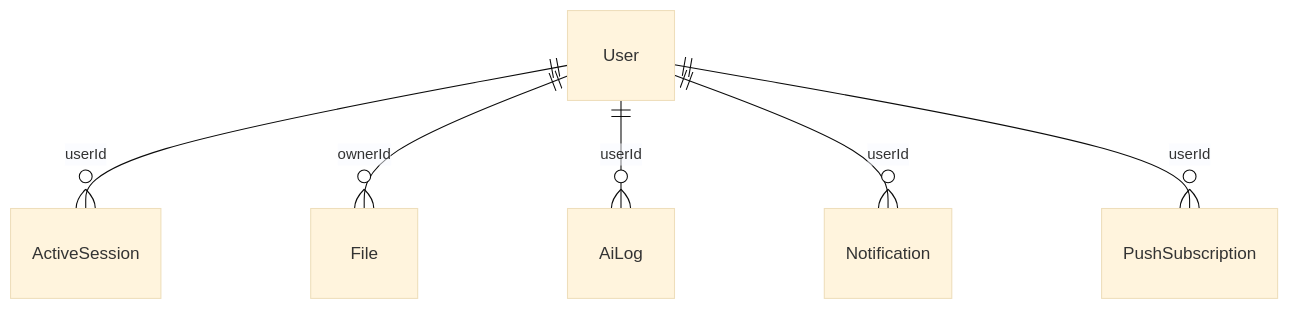
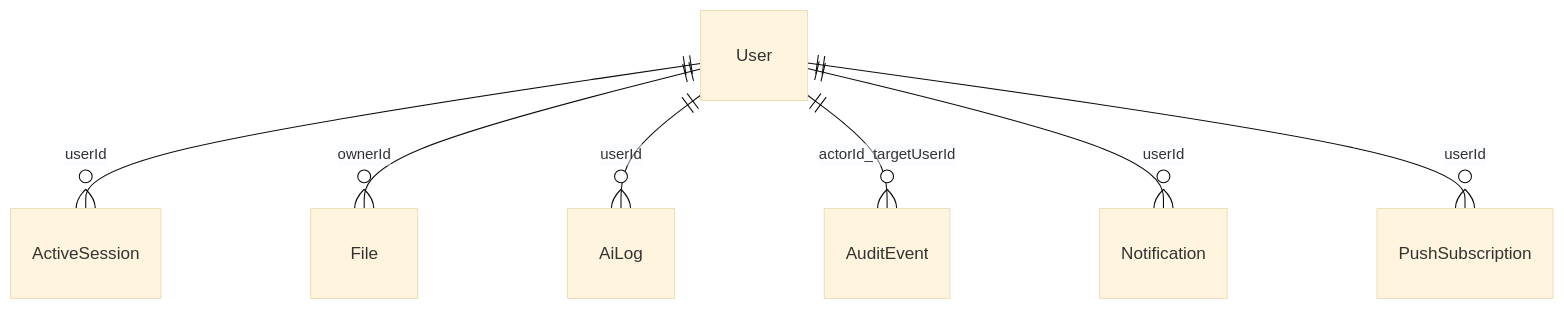
Before and after one commit to CaioGiasson/boilerplate-webapp: the diagram in CONTEXT-ENTITIES.md, drawn with Mermaid (base theme). The commit also changed other lines of this file and 51 other files, not shown here.

First line of the commit message:
Adiciona audit log (AuditEvent) com listagem no painel admin (#9)

````diff
--- a/CONTEXT-ENTITIES.md
+++ b/CONTEXT-ENTITIES.md
@@ -11,8 +11,9 @@
 ```mermaid
 erDiagram
   User ||--o{ ActiveSession : userId
   User ||--o{ File : ownerId
   User ||--o{ AiLog : userId
+  User ||--o{ AuditEvent : actorId_targetUserId
   User ||--o{ Notification : userId
   User ||--o{ PushSubscription : userId
 ```
````
